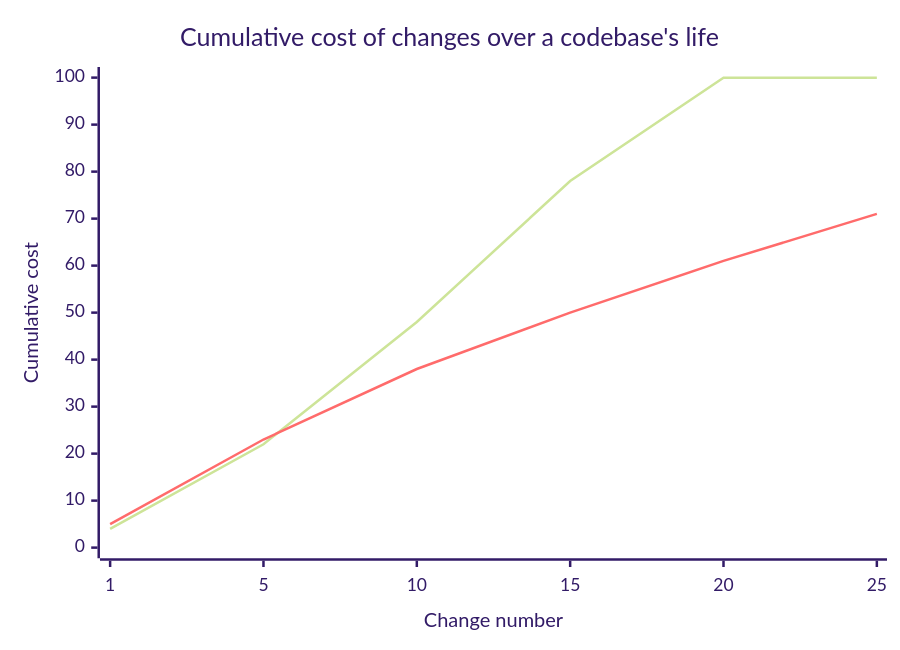
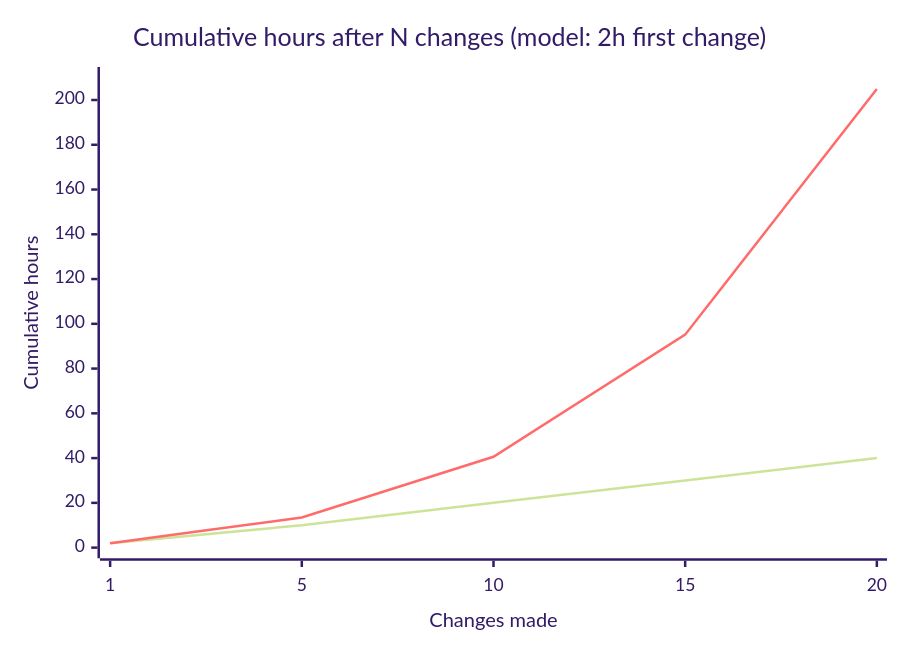
One commit to francoandreDev/knowledge changed the third of 3 diagrams in src/content/software-design/cost-design/L2-concept.mdx. Above: the diagram before and after it, drawn with Mermaid (forest theme). The commit also changed other lines of this file and 20 other files, not shown here.

Commit message:
Migrate quality-culture and software-design batch 1 (cost-design, single-responsibility, naming) to the three-tier exercise model

````diff
--- a/src/content/software-design/cost-design/L2-concept.mdx
+++ b/src/content/software-design/cost-design/L2-concept.mdx
@@ -42,8 +131,8 @@
 ```mermaid
 xychart-beta
-    title "Cumulative cost of changes over a codebase's life"
-    x-axis "Change number" [1, 5, 10, 15, 20, 25]
-    y-axis "Cumulative cost" 0 --> 100
-    line "Poorly designed" [4, 22, 48, 78, 100, 100]
-    line "Well-designed" [5, 23, 38, 50, 61, 71]
+    title "Cumulative hours after N changes (model: 2h first change)"
+    x-axis "Changes made" [1, 5, 10, 15, 20]
+    y-axis "Cumulative hours" 0 --> 210
+    line "No coupling penalty" [2, 10, 20, 30, 40]
+    line "15% penalty per change" [2, 13.48, 40.61, 95.16, 204.89]
 ```
````
